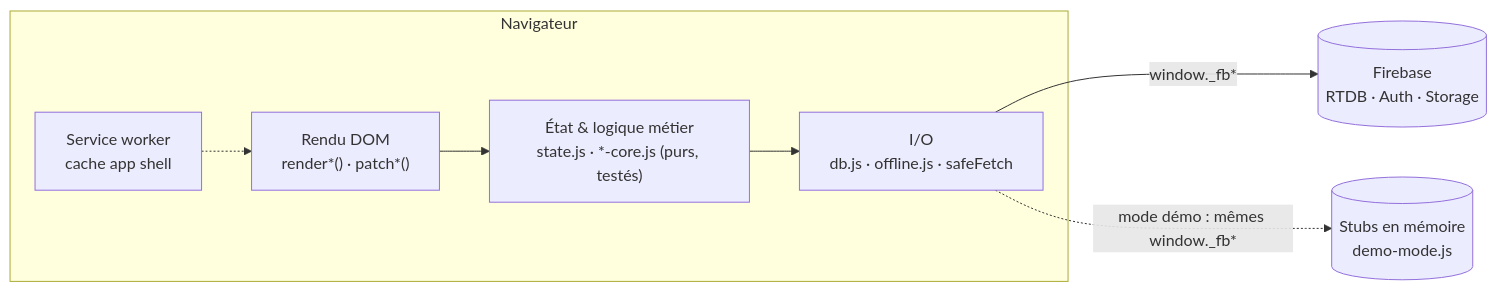
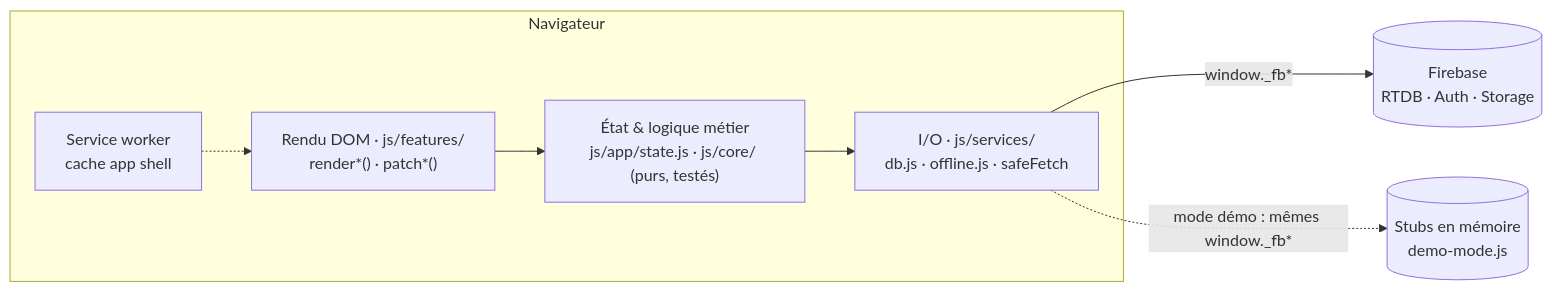
One commit to tomcavaliere/France-Irlande changed the diagram in Readme.md. Above: the diagram before and after it, drawn with Mermaid. The commit also changed other lines of this file and 2 other files, not shown here.

````diff
--- a/Readme.md
+++ b/Readme.md
@@ -43,10 +43,10 @@
 ```mermaid
 flowchart LR
   subgraph Navigateur
-    UI["Rendu DOM<br/>render*() · patch*()"] --> CORE["État & logique métier<br/>state.js · *-core.js (purs, testés)"]
-    CORE --> IO["I/O<br/>db.js · offline.js · safeFetch"]
+    UI["Rendu DOM · js/features/<br/>render*() · patch*()"] --> CORE["État & logique métier<br/>js/app/state.js · js/core/ (purs, testés)"]
+    CORE --> IO["I/O · js/services/<br/>db.js · offline.js · safeFetch"]
     SW["Service worker<br/>cache app shell"] -.-> UI
   end
   IO -- "window._fb*" --> FB[("Firebase<br/>RTDB · Auth · Storage")]
   IO -. "mode démo : mêmes window._fb*" .-> DEMO[("Stubs en mémoire<br/>demo-mode.js")]
 ```
````
